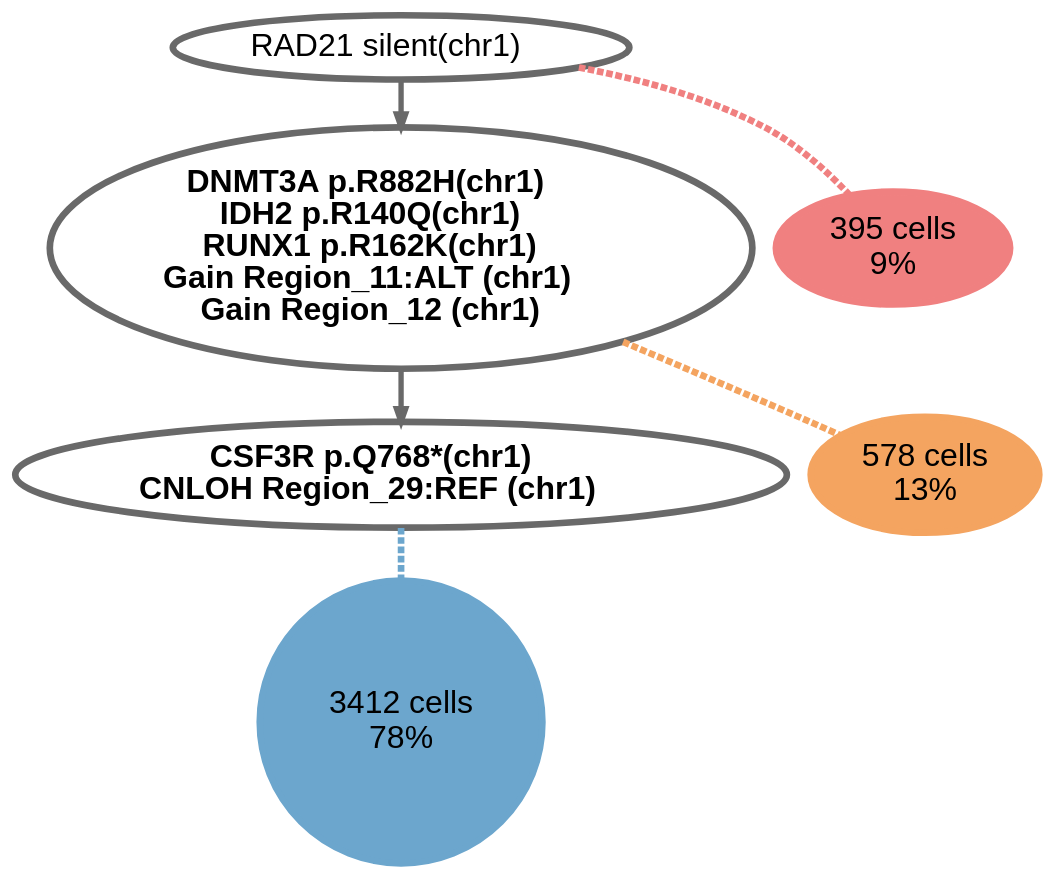
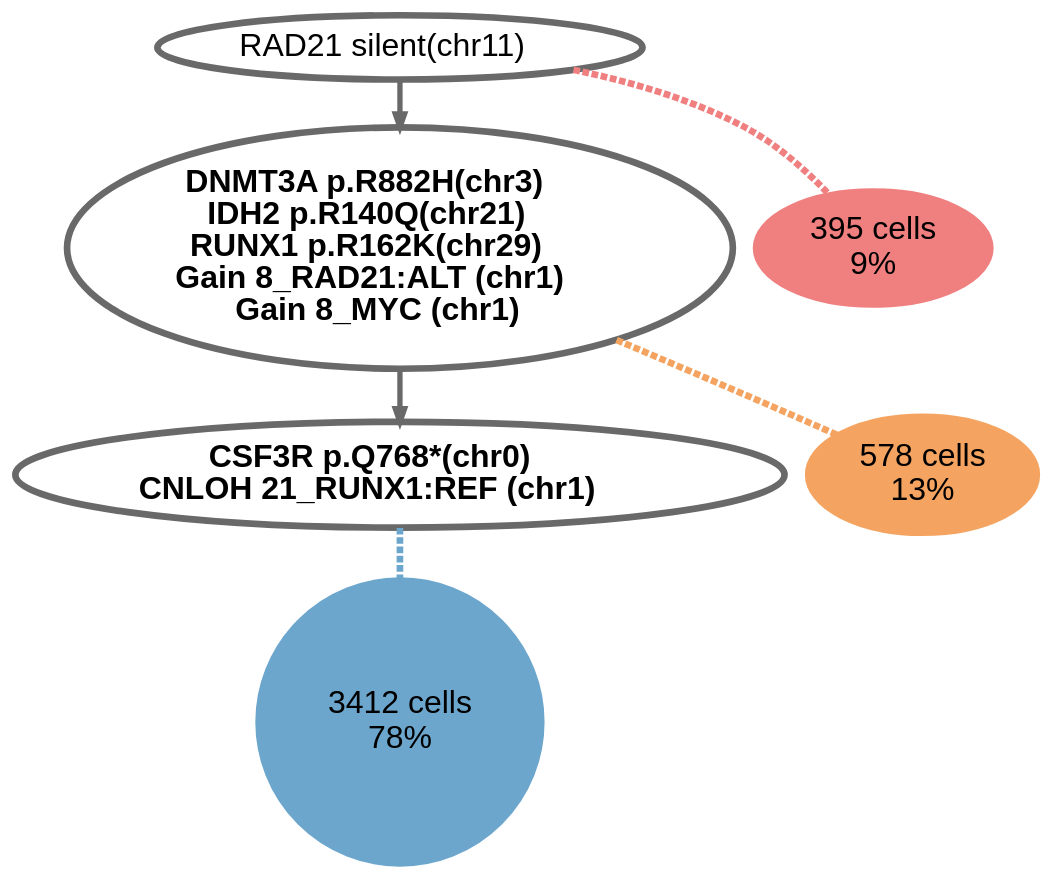
Before and after one commit to pawlakG/ScIGMA: the diagram in results/compass_output/AML-99-001/AML-99-001_c8_l50_tree.gv, drawn with Graphviz. The commit also changed 144 other files, not shown here.

Commit message:
Fix chromosome label. Still bug on loss and gain chromosome anotation

```diff
--- a/results/compass_output/AML-99-001/AML-99-001_c8_l50_tree.gv
+++ b/results/compass_output/AML-99-001/AML-99-001_c8_l50_tree.gv
@@ -1,14 +1,14 @@
 digraph G{
 node [color=dimgray fontsize=24 fontcolor=black fontname=Helvetica penwidth=5];
 2 -> 1 [color=dimgray penwidth=4 weight=2];
 0 -> 2 [color=dimgray penwidth=4 weight=2];
-0[label=<RAD21 silent(chr1)<br/>>];
-1[label=<<B>CSF3R p.Q768*(chr1)</B><br/><B>CNLOH Region_29:REF (chr1)</B><br/>>];
-2[label=<<B>DNMT3A p.R882H(chr1)</B><br/><B>IDH2 p.R140Q(chr1)</B><br/><B>RUNX1 p.R162K(chr1)</B><br/><B>Gain Region_11:ALT (chr1)</B><br/><B>Gain Region_12 (chr1)</B><br/>>];
+0[label=<RAD21 silent(chr11)<br/>>];
+1[label=<<B>CSF3R p.Q768*(chr0)</B><br/><B>CNLOH 21_RUNX1:REF (chr1)</B><br/>>];
+2[label=<<B>DNMT3A p.R882H(chr3)</B><br/><B>IDH2 p.R140Q(chr21)</B><br/><B>RUNX1 p.R162K(chr29)</B><br/><B>Gain 8_RAD21:ALT (chr1)</B><br/><B>Gain 8_MYC (chr1)</B><br/>>];
 0 -> 3 [dir=none style=dashed weight=1 penwidth=5 color=lightcoral];
 1 -> 4 [dir=none style=dashed weight=1 penwidth=5 color=skyblue3];
 2 -> 5 [dir=none style=dashed weight=1 penwidth=5 color=sandybrown];
 3[label="395 cells\n9\%" style = filled width=1.00044 height=1.00044 color=lightcoral];
 4[label="3412 cells\n78\%" style = filled width=2.94035 height=2.94035 color=skyblue3];
 5[label="578 cells\n13\%" style = filled width=1.2102 height=1.2102 color=sandybrown];
 }
```
